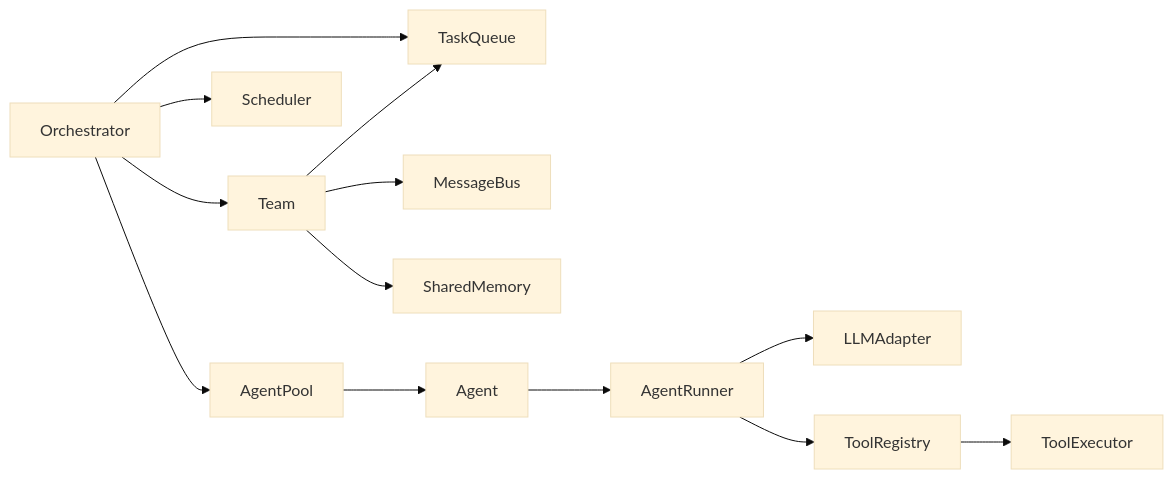
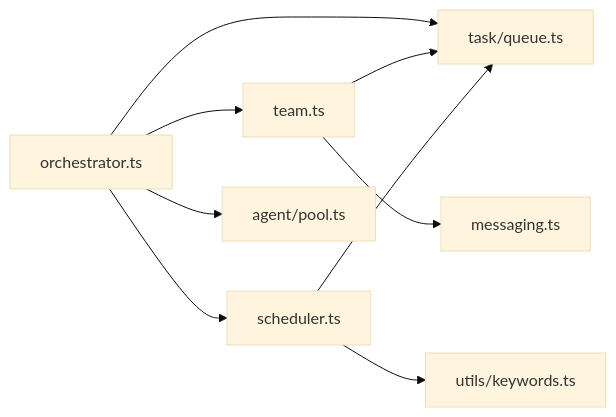
Before and after one commit to haolange/open-multi-agent: the seventh of 7 diagrams in .qoder/repowiki/zh/content/核心概念/核心概念.md, drawn with Mermaid (base theme). The commit also changed other lines of this file and 100 other files, not shown here.

````diff
--- a/.qoder/repowiki/zh/content/核心概念/核心概念.md
+++ b/.qoder/repowiki/zh/content/核心概念/核心概念.md
@@ -346,15 +319,11 @@
 ```mermaid
 graph LR
-OM["Orchestrator"] --> T["Team"]
-OM --> Q["TaskQueue"]
-OM --> SCH["Scheduler"]
-OM --> AP["AgentPool"]
-T --> MB["MessageBus"]
-T --> Q
-T --> SM["SharedMemory"]
-AP --> AG["Agent"]
-AG --> AR["AgentRunner"]
-AR --> AD["LLMAdapter"]
-AR --> TR["ToolRegistry"]
-TR --> TE["ToolExecutor"]
+OM["orchestrator.ts"] --> TEAM["team.ts"]
+OM --> SCH["scheduler.ts"]
+OM --> Q["task/queue.ts"]
+OM --> POOL["agent/pool.ts"]
+TEAM --> Q
+TEAM --> MSG["messaging.ts"]
+SCH --> Q
+SCH --> KEY["utils/keywords.ts"]
 ```
````
